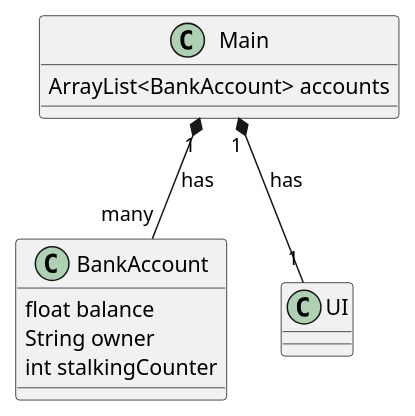
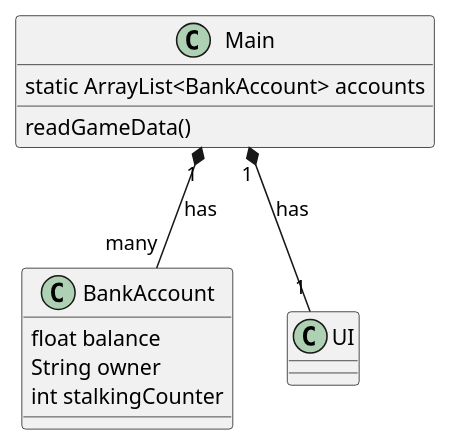
The diagram in E2021Matador-master/Main.puml (MuneebAshraf/Cph-ma670), drawn with PlantUML before and after one commit. The commit also changed 104 other files, not shown here.

```diff
--- a/E2021Matador-master/Main.puml
+++ b/E2021Matador-master/Main.puml
@@ -1,10 +1,12 @@
 @startuml
 Main "1" *-- "many" BankAccount : has
 Main "1" *-- "1" UI : has
-Main : ArrayList<BankAccount> accounts
+Main : static ArrayList<BankAccount> accounts
+Main : readGameData()
+
 
 BankAccount : float balance
 BankAccount : String owner
 BankAccount : int stalkingCounter
 
 @enduml
```
